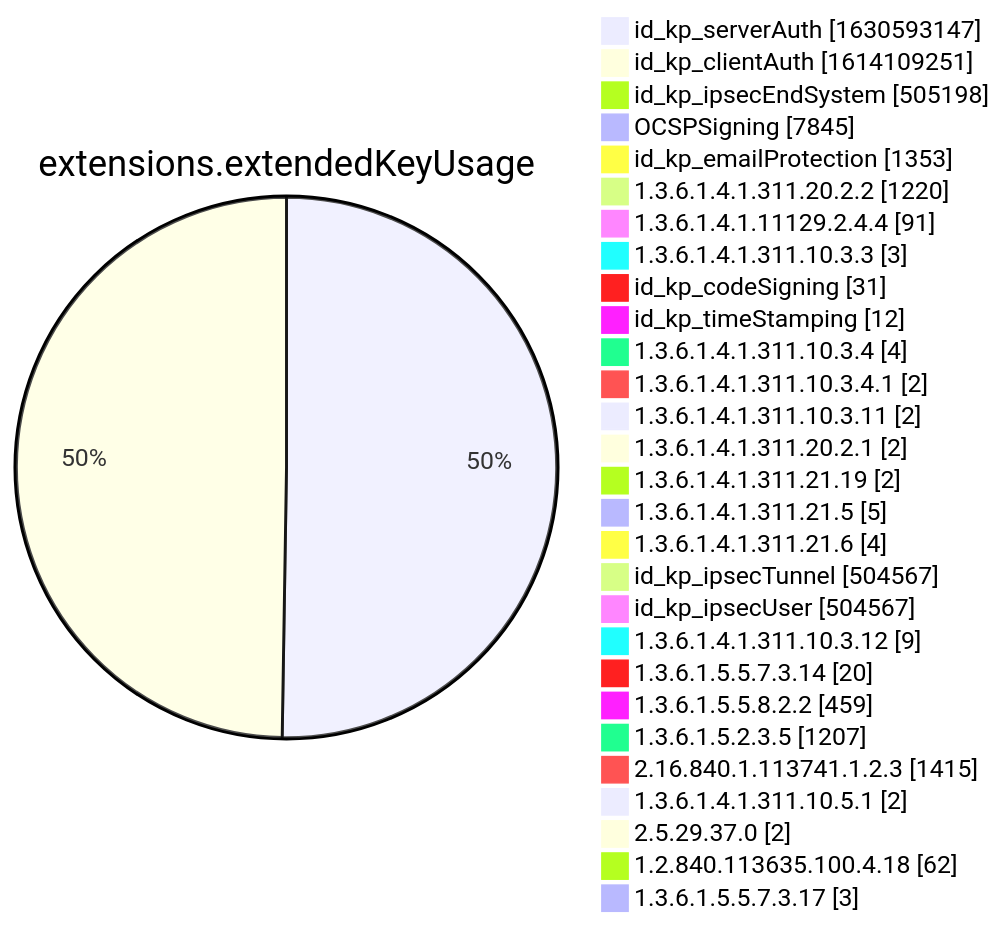
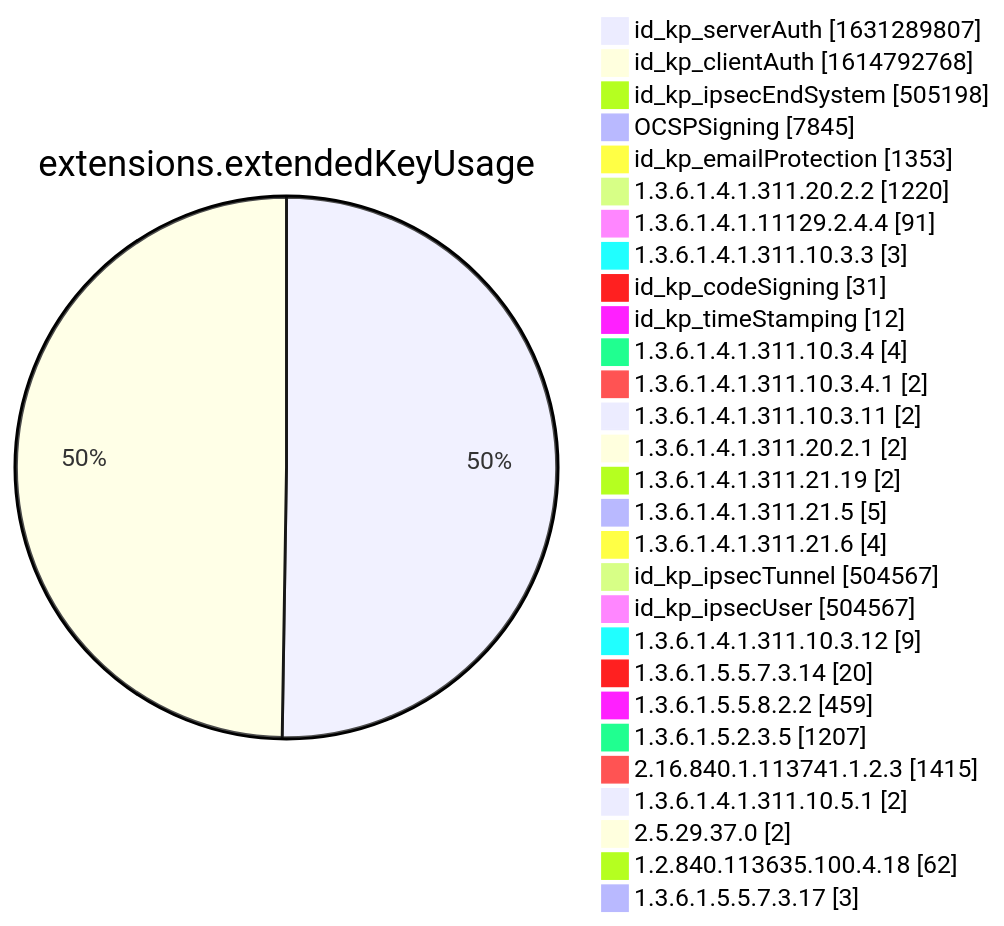
One commit to christiankrug/ctmonitor_visualization changed diagram 12 of 15 in xenon2022/README.md. Above: the diagram before and after it, drawn with Mermaid. The commit also changed other lines of this file, not shown here.

````diff
--- a/xenon2022/README.md
+++ b/xenon2022/README.md
@@ -3886,32 +3886,32 @@
 ```mermaid
 pie showData
 title extensions.extendedKeyUsage
-"id_kp_serverAuth" :1630593147
-"id_kp_clientAuth" :1614109251
+"id_kp_serverAuth" :1631289807
+"id_kp_clientAuth" :1614792768
 "id_kp_ipsecEndSystem" :505198
 "OCSPSigning" :7845
 "id_kp_emailProtection" :1353
 "1.3.6.1.4.1.311.20.2.2" :1220
 "1.3.6.1.4.1.11129.2.4.4" :91
 "1.3.6.1.4.1.311.10.3.3" :3
 "id_kp_codeSigning" :31
 "id_kp_timeStamping" :12
 "1.3.6.1.4.1.311.10.3.4" :4
 "1.3.6.1.4.1.311.10.3.4.1" :2
 "1.3.6.1.4.1.311.10.3.11" :2
 "1.3.6.1.4.1.311.20.2.1" :2
 "1.3.6.1.4.1.311.21.19" :2
 "1.3.6.1.4.1.311.21.5" :5
 "1.3.6.1.4.1.311.21.6" :4
 "id_kp_ipsecTunnel" :504567
 "id_kp_ipsecUser" :504567
 "1.3.6.1.4.1.311.10.3.12" :9
 "1.3.6.1.5.5.7.3.14" :20
 "1.3.6.1.5.5.8.2.2" :459
 "1.3.6.1.5.2.3.5" :1207
 "2.16.840.1.113741.1.2.3" :1415
 "1.3.6.1.4.1.311.10.5.1" :2
 "2.5.29.37.0" :2
 "1.2.840.113635.100.4.18" :62
 "1.3.6.1.5.5.7.3.17" :3
 ```
````
